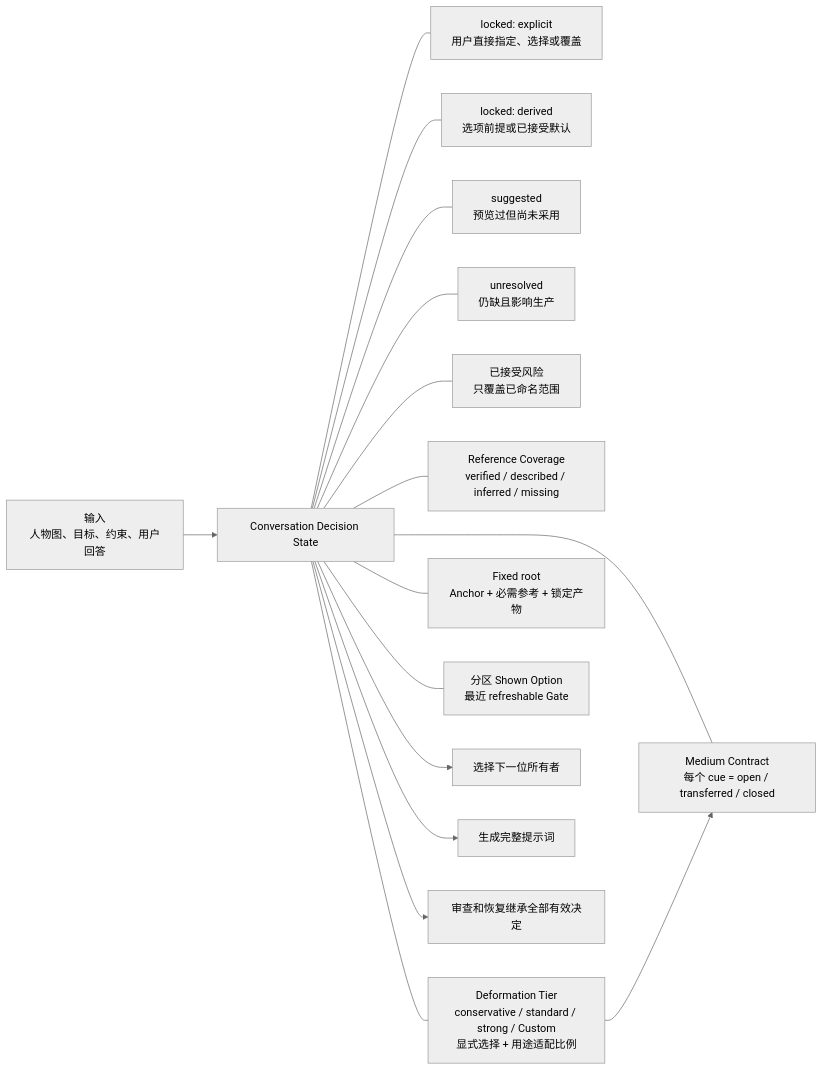
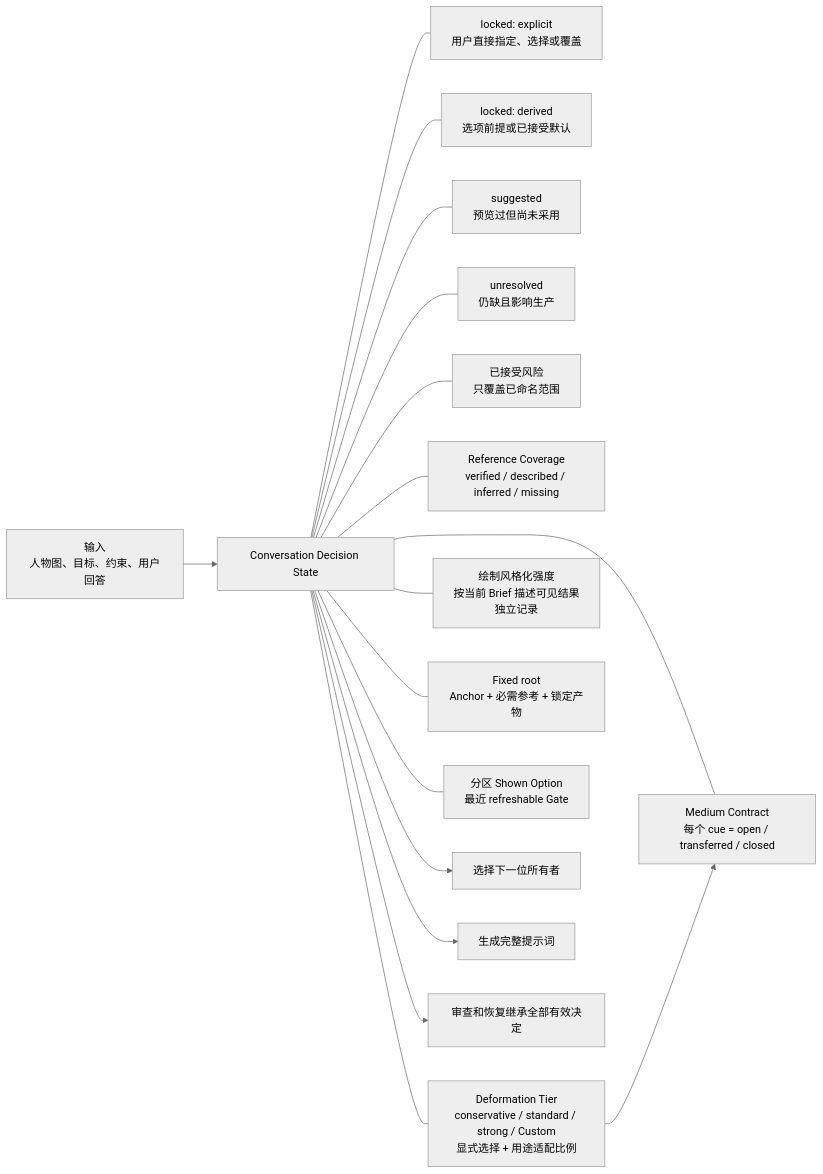
The third of 13 diagrams in docs/architecture.md (cyaoc/cast-me), drawn with Mermaid (neutral theme) before and after one commit. The commit also changed other lines of this file and 4 other files, not shown here.

````diff
--- a/docs/architecture.md
+++ b/docs/architecture.md
@@ -138,20 +139,21 @@
 ```mermaid
 flowchart LR
     INPUT["输入<br/>人物图、目标、约束、用户回答"] --> STATE["Conversation Decision State"]
 
     STATE --- E["locked: explicit<br/>用户直接指定、选择或覆盖"]
     STATE --- D["locked: derived<br/>选项前提或已接受默认"]
     STATE --- S["suggested<br/>预览过但尚未采用"]
     STATE --- U["unresolved<br/>仍缺且影响生产"]
     STATE --- RISK["已接受风险<br/>只覆盖已命名范围"]
     STATE --- COVER["Reference Coverage<br/>verified / described / inferred / missing"]
     STATE --- TIER["Deformation Tier<br/>conservative / standard / strong / Custom<br/>显式选择 + 用途适配比例"]
+    STATE --- INTENSITY["绘制风格化强度<br/>按当前 Brief 描述可见结果<br/>独立记录"]
     STATE --- MEDIUM["Medium Contract<br/>每个 cue = open / transferred / closed"]
     STATE --- ROOT["Fixed root<br/>Anchor + 必需参考 + 锁定产物"]
     STATE --- HIST["分区 Shown Option<br/>最近 refreshable Gate"]
 
     STATE --> ROUTE["选择下一位所有者"]
     STATE --> PROMPT["生成完整提示词"]
     STATE --> REVIEW["审查和恢复继承全部有效决定"]
     TIER --> MEDIUM
 ```
````
